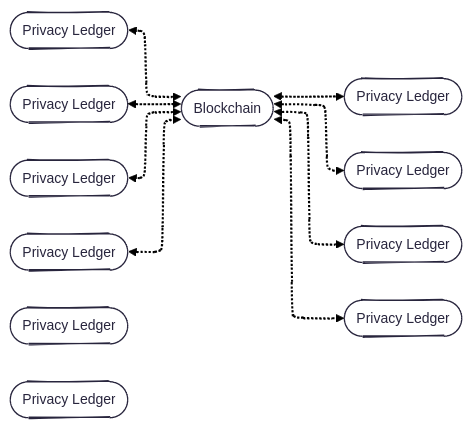
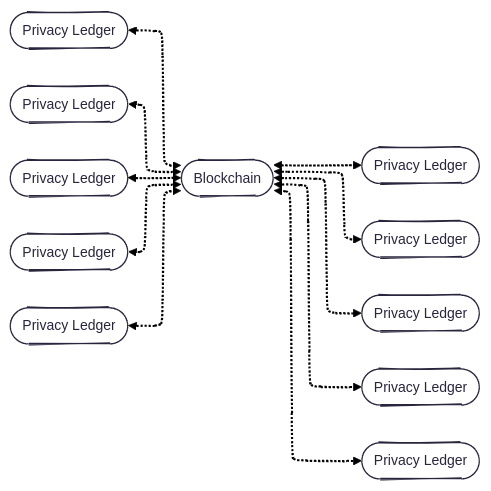
One commit to raylsnetwork/Enygma changed the first of 2 diagrams in enygma_payments/README.md. Above: the diagram before and after it, drawn with Mermaid.

Commit message:
Update README to include PLZ in protocol diagram

````diff
--- a/enygma_payments/README.md
+++ b/enygma_payments/README.md
@@ -5,23 +5,23 @@
 ```mermaid
 ---
 config:
   theme: redux
   layout: elk
   look: handDrawn
 ---
 flowchart LR
     PLA(["Privacy Ledger"])
     PLB(["Privacy Ledger"])
     PLC(["Privacy Ledger"])
     PLD(["Privacy Ledger"])
     PLX(["Privacy Ledger"])
 
     B(["Blockchain"])
     PLE(["Privacy Ledger"])
     PLF(["Privacy Ledger"])
     PLG(["Privacy Ledger"])
     PLH(["Privacy Ledger"])
     PLZ(["Privacy Ledger"])
 
-    PLA & PLB & PLC & PLD <-.-> B <-.-> PLE & PLF & PLG & PLH
+    PLA & PLB & PLC & PLD & PLX <-.-> B <-.-> PLE & PLF & PLG & PLH & PLZ
 ```
````
